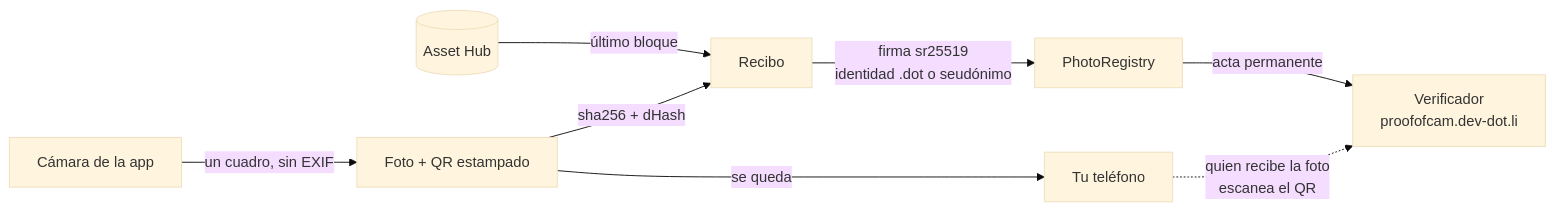
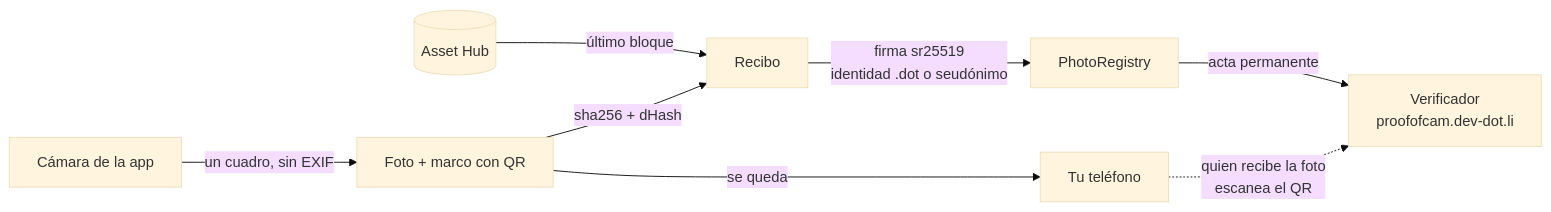
One commit to w3nerick/proofofcam changed the diagram in README.md. Above: the diagram before and after it, drawn with Mermaid (base theme). The commit also changed other lines of this file and 10 other files, not shown here.

First line of the commit message:
Marco con QR: la foto queda intacta

````diff
--- a/README.md
+++ b/README.md
@@ -62,10 +62,10 @@
 ```mermaid
 flowchart LR
-    C[Cámara de la app] -->|un cuadro, sin EXIF| F[Foto + QR estampado]
+    C[Cámara de la app] -->|un cuadro, sin EXIF| F[Foto + marco con QR]
     B[(Asset Hub)] -->|último bloque| R
     F -->|sha256 + dHash| R[Recibo]
     R -->|firma sr25519<br/>identidad .dot o seudónimo| S[PhotoRegistry]
     F -->|se queda| T[Tu teléfono]
     S -->|acta permanente| V[Verificador<br/>proofofcam.dev-dot.li]
     T -.->|quien recibe la foto<br/>escanea el QR| V
 ```
````
